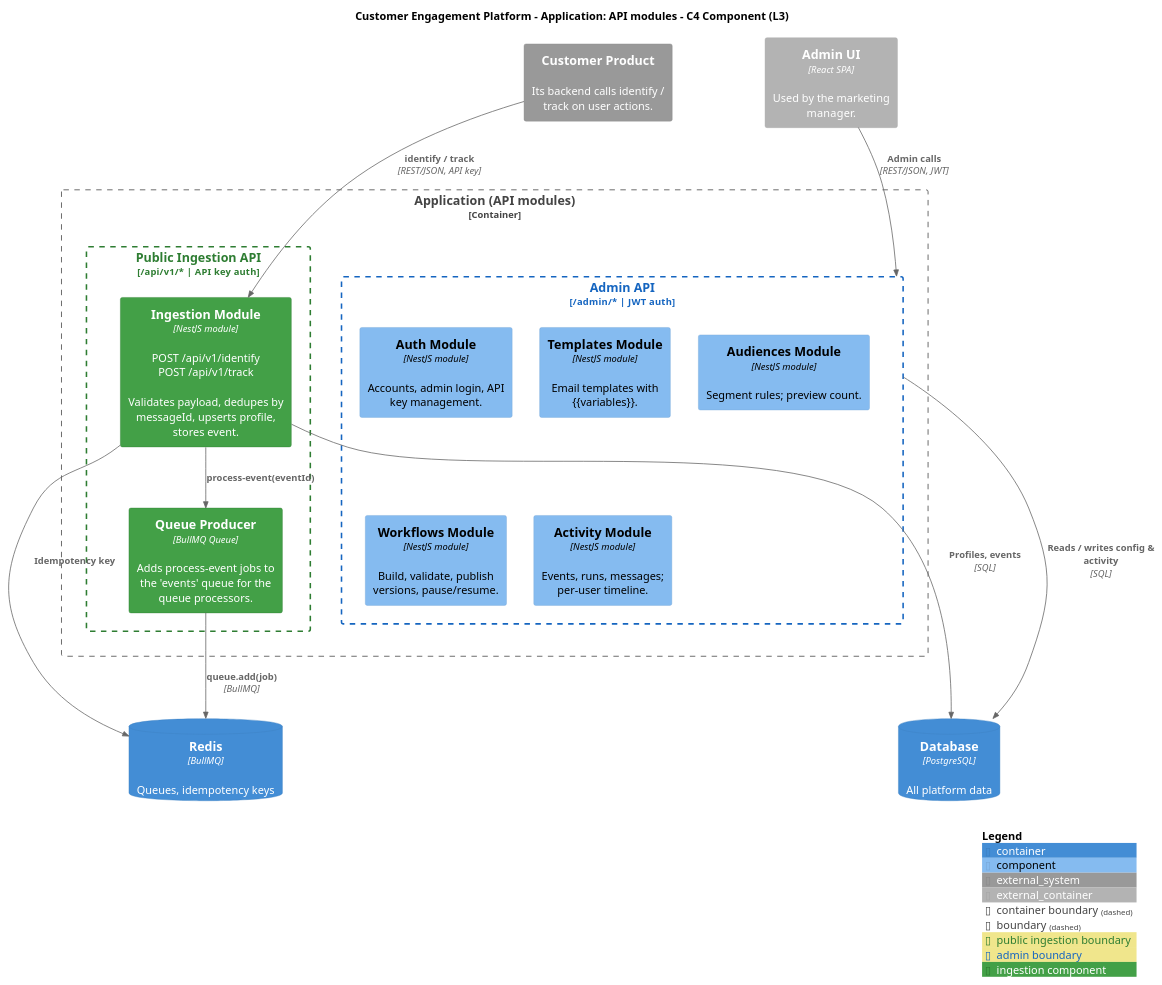
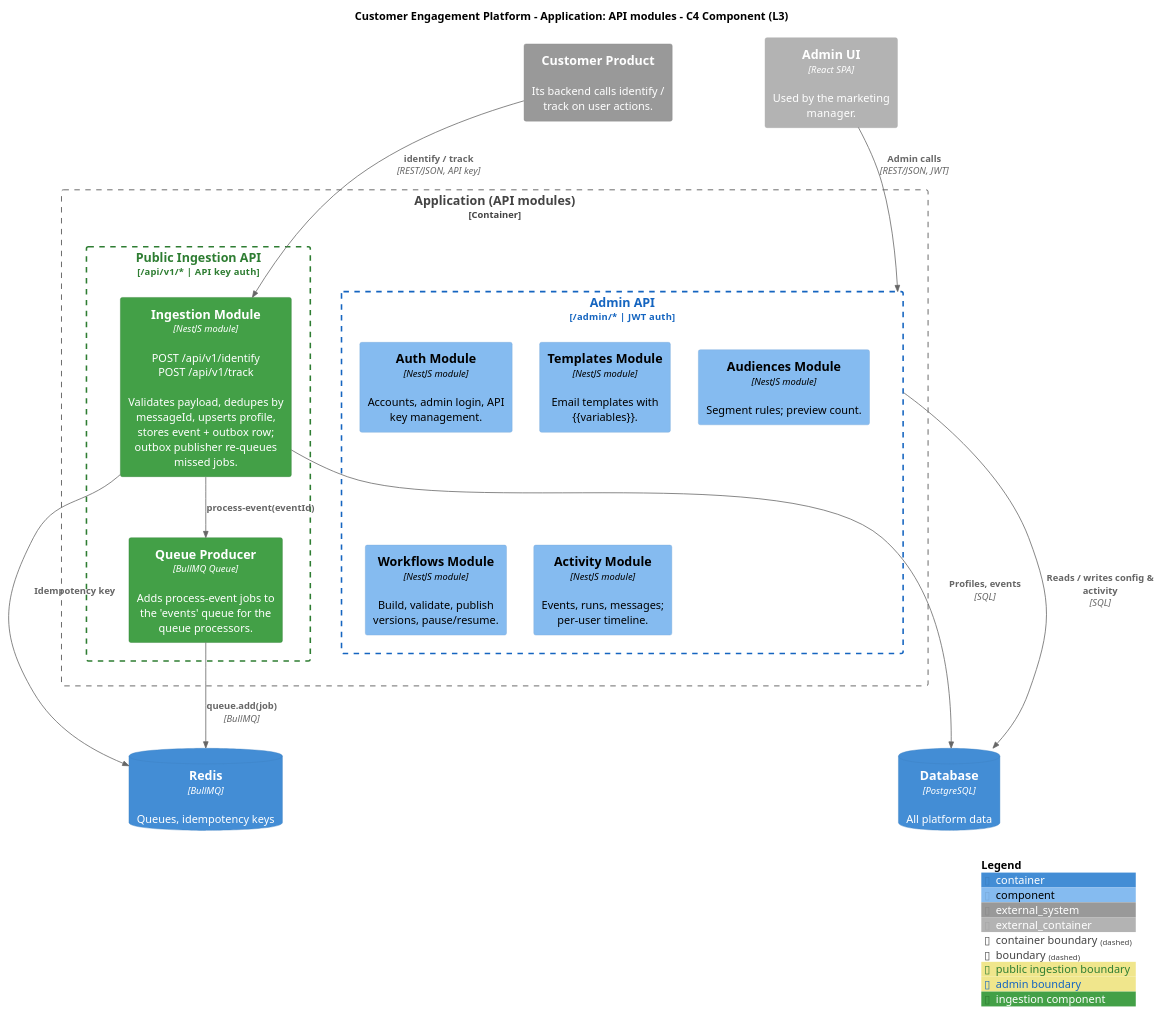
One commit to myroslavve/customer-engagement-platform changed the diagram in documentation/c4-component-api-server.puml. Above: the diagram before and after it, drawn with PlantUML. The commit also changed 2 other files, not shown here.

Commit message:
docs: document the backend API and update the ingestion diagrams

```diff
--- a/documentation/c4-component-api-server.puml
+++ b/documentation/c4-component-api-server.puml
@@ -1,54 +1,54 @@
 @startuml C4_L3_API_Server
 !include <C4/C4_Component>
 
 title Customer Engagement Platform - Application: API modules - C4 Component (L3)
 
 AddBoundaryTag("public", $borderColor="#2E7D32", $fontColor="#2E7D32", $borderThickness="2", $legendText="public ingestion boundary")
 AddBoundaryTag("admin", $borderColor="#1565C0", $fontColor="#1565C0", $borderThickness="2", $legendText="admin boundary")
 AddComponentTag("ingest", $bgColor="#43A047", $borderColor="#2E7D32", $fontColor="#ffffff", $legendText="ingestion component")
 
 System_Ext(product, "Customer Product", "Its backend calls identify / track on user actions.")
 Container_Ext(adminUi, "Admin UI", "React SPA", "Used by the marketing manager.")
 
 Container_Boundary(api, "Application (API modules)") {
 
   Boundary(publicApi, "Public Ingestion API", "/api/v1/*  |  API key auth", $tags="public") {
-    Component(ingestMod, "Ingestion Module", "NestJS module", "POST /api/v1/identify\nPOST /api/v1/track\n\nValidates payload, dedupes by messageId, upserts profile, stores event.", $tags="ingest")
+    Component(ingestMod, "Ingestion Module", "NestJS module", "POST /api/v1/identify\nPOST /api/v1/track\n\nValidates payload, dedupes by messageId, upserts profile, stores event + outbox row; outbox publisher re-queues missed jobs.", $tags="ingest")
     Component(producer, "Queue Producer", "BullMQ Queue", "Adds process-event jobs to the 'events' queue for the queue processors.", $tags="ingest")
   }
 
   Boundary(adminApi, "Admin API", "/admin/*  |  JWT auth", $tags="admin") {
     Component(authMod, "Auth Module", "NestJS module", "Accounts, admin login, API key management.")
     Component(templatesMod, "Templates Module", "NestJS module", "Email templates with {{variables}}.")
     Component(audiencesMod, "Audiences Module", "NestJS module", "Segment rules; preview count.")
     Component(workflowsMod, "Workflows Module", "NestJS module", "Build, validate, publish versions, pause/resume.")
     Component(activityMod, "Activity Module", "NestJS module", "Events, runs, messages; per-user timeline.")
   }
 }
 
 ContainerDb(redis, "Redis", "BullMQ", "Queues, idempotency keys")
 ContainerDb(pg, "Database", "PostgreSQL", "All platform data")
 
 ' ---- layout hints ----
 Lay_R(product, adminUi)
 Lay_R(publicApi, adminApi)
 Lay_D(ingestMod, producer)
 Lay_R(authMod, templatesMod)
 Lay_R(templatesMod, audiencesMod)
 Lay_D(authMod, workflowsMod)
 Lay_R(workflowsMod, activityMod)
 Lay_R(redis, pg)
 
 ' ---- ingestion path ----
 Rel(product, ingestMod, "identify / track", "REST/JSON, API key")
 Rel(ingestMod, producer, "process-event(eventId)")
 Rel(ingestMod, pg, "Profiles, events", "SQL")
 Rel(ingestMod, redis, "Idempotency key")
 Rel(producer, redis, "queue.add(job)", "BullMQ")
 
 ' ---- admin path ----
 Rel(adminUi, adminApi, "Admin calls", "REST/JSON, JWT")
 Rel(adminApi, pg, "Reads / writes config & activity", "SQL")
 
 SHOW_LEGEND()
 @enduml
```
